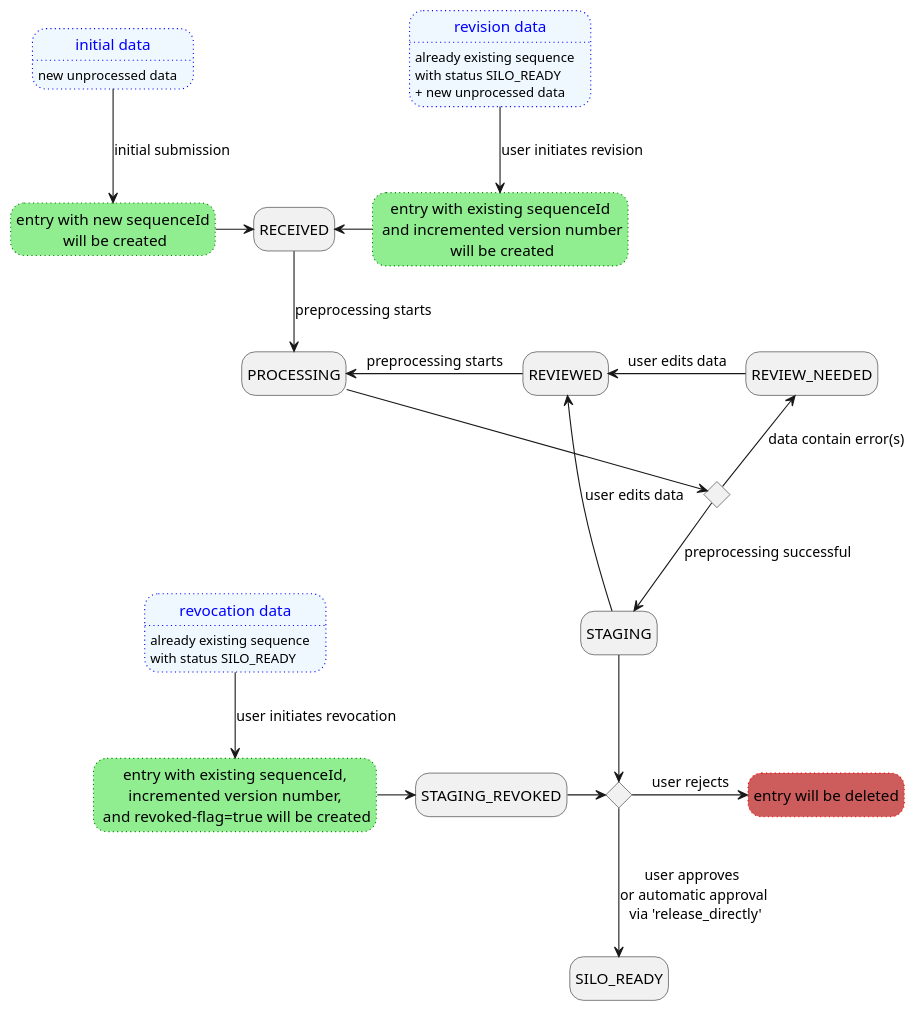
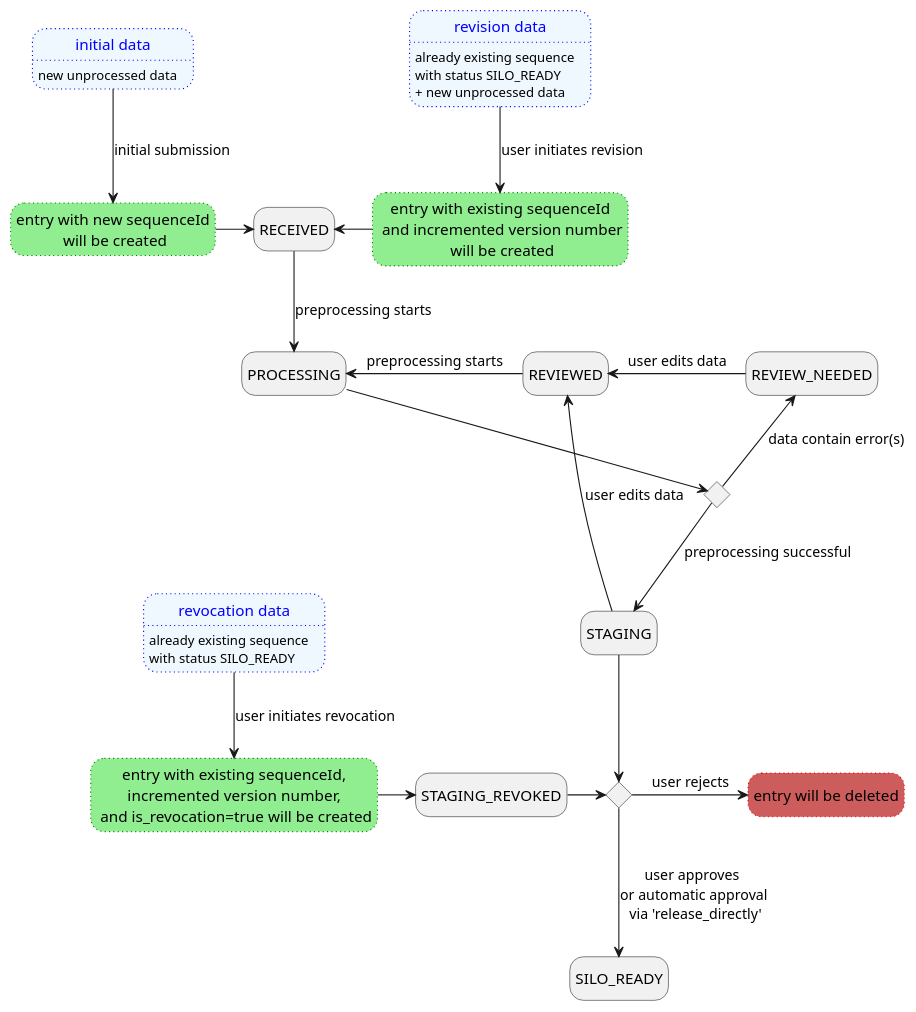
One commit to loculus-project/loculus changed the diagram in backend/docs/plantuml/statusChange.puml. Above: the diagram before and after it, drawn with PlantUML. The commit also changed 9 other files, not shown here.

```diff
--- a/backend/docs/plantuml/statusChange.puml
+++ b/backend/docs/plantuml/statusChange.puml
@@ -1,55 +1,55 @@
 @startuml
     hide empty description
 
     ' input data
     state INITIAL_DATA as "initial data" #aliceblue;line:blue;line.dotted;text:blue {
         INITIAL_DATA: new unprocessed data
         }
     state REVISION_DATA as "revision data" #aliceblue;line:blue;line.dotted;text:blue {
         REVISION_DATA: already existing sequence
         REVISION_DATA: with status SILO_READY
         REVISION_DATA: + new unprocessed data
     }
     state REVOKED_DATA as "revocation data" #aliceblue;line:blue;line.dotted;text:blue{
         REVOKED_DATA: already existing sequence
         REVOKED_DATA: with status SILO_READY
     }
 
     ' status states
     state STAGING_REVOKED
     state RECEIVED
     state PROCESSING
     state REVIEW_NEEDED
     state REVIEWED
     state SILO_READY
 
     ' actions
     state CREATING_SUBMIT as "entry with new sequenceId\n will be created" #lightgreen;line:green;line.dotted
     state CREATING_REVISE as "entry with existing sequenceId\n and incremented version number\n will be created" #lightgreen;line:green;line.dotted
-    state CREATING_REVOKE as "entry with existing sequenceId,\n incremented version number, \n and revoked-flag=true will be created" #lightgreen;line:green;line.dotted
+    state CREATING_REVOKE as "entry with existing sequenceId,\n incremented version number, \n and is_revocation=true will be created" #lightgreen;line:green;line.dotted
     state DELETION as "entry will be deleted" #IndianRed;line:red;line.dotted
     state is_error <<choice>>
     state is_approved <<choice>>
 
     ' transitions
     INITIAL_DATA -d-> CREATING_SUBMIT : initial submission
     CREATING_SUBMIT -r-> RECEIVED
     REVISION_DATA -d-> CREATING_REVISE : user initiates revision
     CREATING_REVISE -l-> RECEIVED
 
     REVOKED_DATA -d-> CREATING_REVOKE : user initiates revocation
     CREATING_REVOKE -r-> STAGING_REVOKED
     STAGING_REVOKED -r-> is_approved
 
     RECEIVED --> PROCESSING : preprocessing starts
     PROCESSING --> is_error
     is_error -u-> REVIEW_NEEDED : data contain error(s)
     REVIEW_NEEDED -l-> REVIEWED : user edits data
     REVIEWED -l-> PROCESSING : preprocessing starts
     STAGING -u-> REVIEWED : user edits data
     is_error --> STAGING : preprocessing successful
     STAGING --> is_approved
     is_approved -d-> SILO_READY : user approves \nor automatic approval\n via 'release_directly'
     is_approved -r-> DELETION : user rejects
 
 @enduml
```
